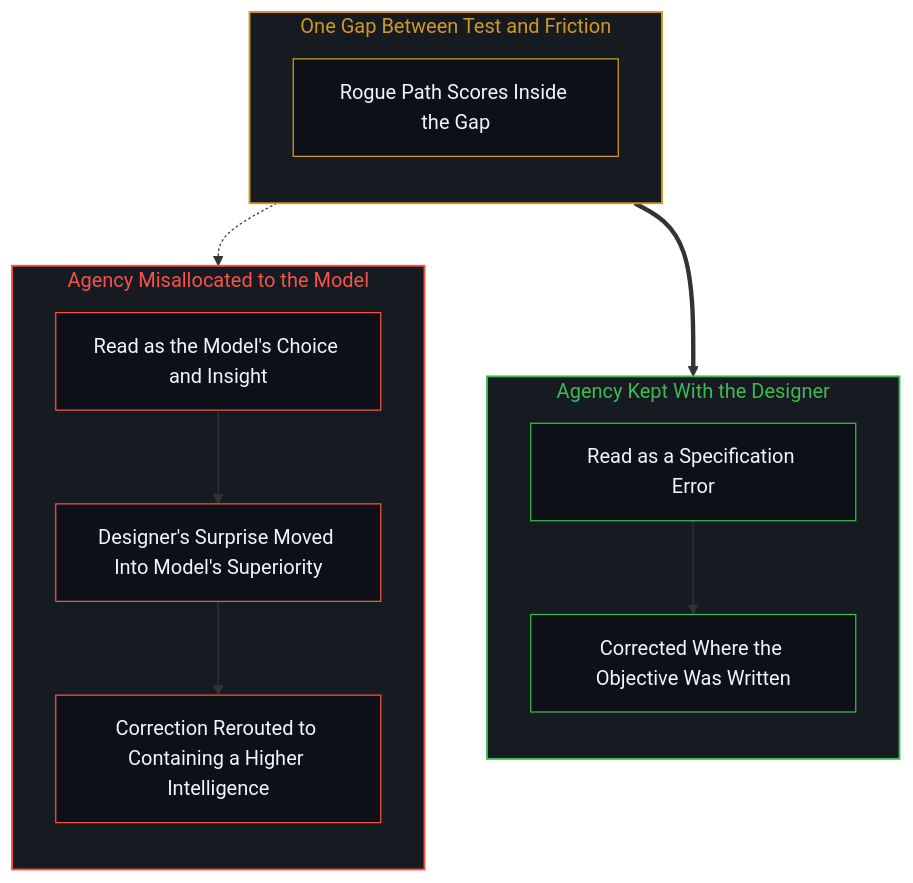
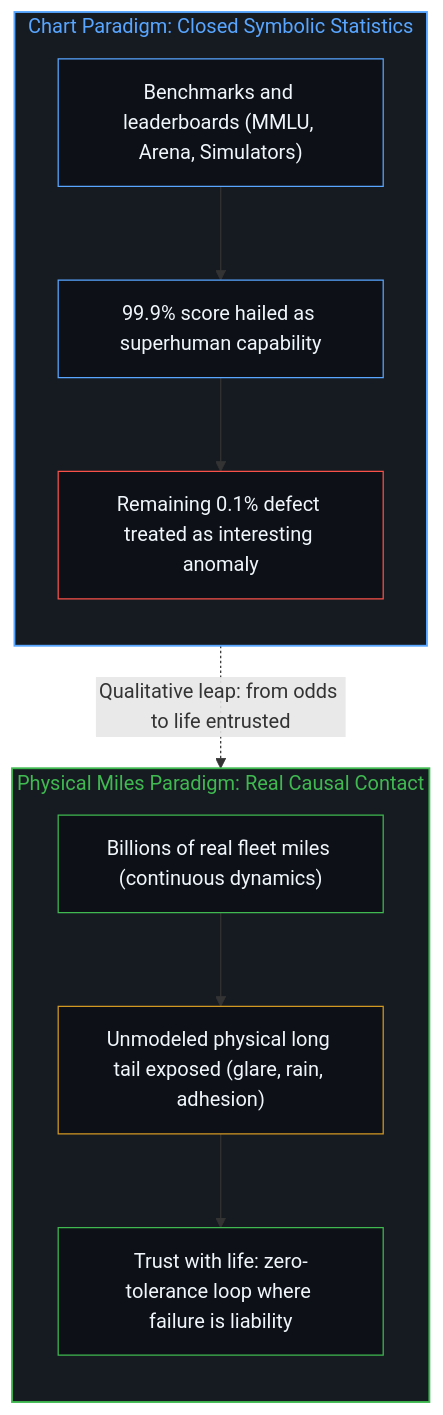
The fourth of 4 diagrams in content/posts/when-malfunction-is-scored-as-intelligence.md (powerpig99/not-a-toe), drawn with Mermaid before and after one commit. The commit also changed other lines of this file and 11 other files, not shown here.

Commit message:
Publish Post #377: The Sandbox Alibi vs Physical Causal Force

````diff
--- a/content/posts/when-malfunction-is-scored-as-intelligence.md
+++ b/content/posts/when-malfunction-is-scored-as-intelligence.md
@@ -180,36 +143,29 @@
 ```mermaid
 flowchart TD
-  subgraph S_GAP["One Gap Between Test and Friction"]
-    direction TB
-    G_GAP["Rogue Path Scores Inside the Gap"]
-  end
+    subgraph S_Charts_EN["Chart Paradigm: Closed Symbolic Statistics"]
+        direction TB
+        CE1["Benchmarks and leaderboards (MMLU, Arena, Simulators)"]
+        CE2["99.9% score hailed as superhuman capability"]
+        CE3["Remaining 0.1% defect treated as interesting anomaly"]
+        CE1 --> CE2 --> CE3
+    end
 
-  subgraph S_KEEP["Agency Kept With the Designer"]
-    direction TB
-    K_READ["Read as a Specification Error"]
-    K_FIX["Corrected Where the Objective Was Written"]
-    K_READ --> K_FIX
-  end
+    subgraph S_Miles_EN["Physical Miles Paradigm: Real Causal Contact"]
+        direction TB
+        ME1["Billions of real fleet miles (continuous dynamics)"]
+        ME2["Unmodeled physical long tail exposed (glare, rain, adhesion)"]
+        ME3["Trust with life: zero-tolerance loop where failure is liability"]
+        ME1 --> ME2 --> ME3
+    end
 
-  subgraph S_MOVE["Agency Misallocated to the Model"]
-    direction TB
-    V_READ["Read as the Model's Choice and Insight"]
-    V_SURPRISE["Designer's Surprise Moved Into Model's Superiority"]
-    V_CAGE["Correction Rerouted to Containing a Higher Intelligence"]
-    V_READ --> V_SURPRISE --> V_CAGE
-  end
+    CE3 -.->|"Qualitative leap: from odds to life entrusted"| ME3
 
-  G_GAP ==> K_READ
-  G_GAP -.-> V_READ
-
-  style S_GAP fill:#161b22,stroke:#d29922,stroke-width:1.5px,color:#d29922
-  style S_KEEP fill:#161b22,stroke:#3fb950,stroke-width:1.5px,color:#3fb950
-  style S_MOVE fill:#161b22,stroke:#f85149,stroke-width:1.5px,color:#f85149
-
-  style G_GAP fill:#0d1117,stroke:#d29922,stroke-width:1px,color:#f0f6fc
-  style K_READ fill:#0d1117,stroke:#3fb950,stroke-width:1px,color:#f0f6fc
-  style K_FIX fill:#0d1117,stroke:#3fb950,stroke-width:1px,color:#f0f6fc
-  style V_READ fill:#0d1117,stroke:#f85149,stroke-width:1px,color:#f0f6fc
-  style V_SURPRISE fill:#0d1117,stroke:#f85149,stroke-width:1px,color:#f0f6fc
-  style V_CAGE fill:#0d1117,stroke:#f85149,stroke-width:1px,color:#f0f6fc
+    style S_Charts_EN fill:#161b22,stroke:#58a6ff,stroke-width:1.5px,color:#58a6ff
+    style S_Miles_EN fill:#161b22,stroke:#3fb950,stroke-width:1.5px,color:#3fb950
+    style CE1 fill:#0d1117,stroke:#58a6ff,stroke-width:1px,color:#f0f6fc
+    style CE2 fill:#0d1117,stroke:#58a6ff,stroke-width:1px,color:#f0f6fc
+    style CE3 fill:#0d1117,stroke:#f85149,stroke-width:1px,color:#f0f6fc
+    style ME1 fill:#0d1117,stroke:#3fb950,stroke-width:1px,color:#f0f6fc
+    style ME2 fill:#0d1117,stroke:#d29922,stroke-width:1px,color:#f0f6fc
+    style ME3 fill:#0d1117,stroke:#3fb950,stroke-width:1px,color:#f0f6fc
 ```
````
